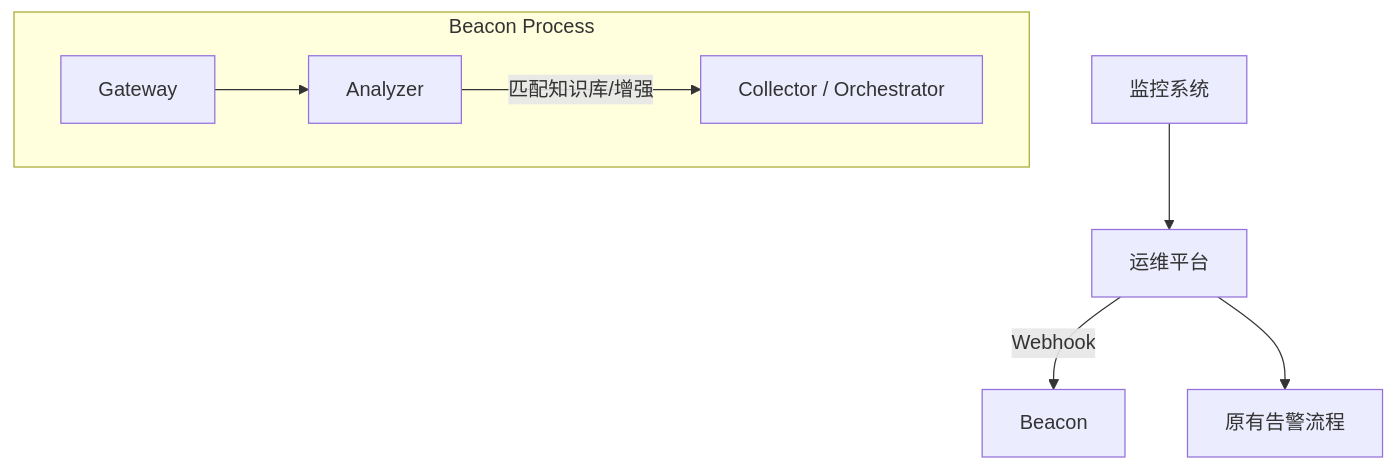
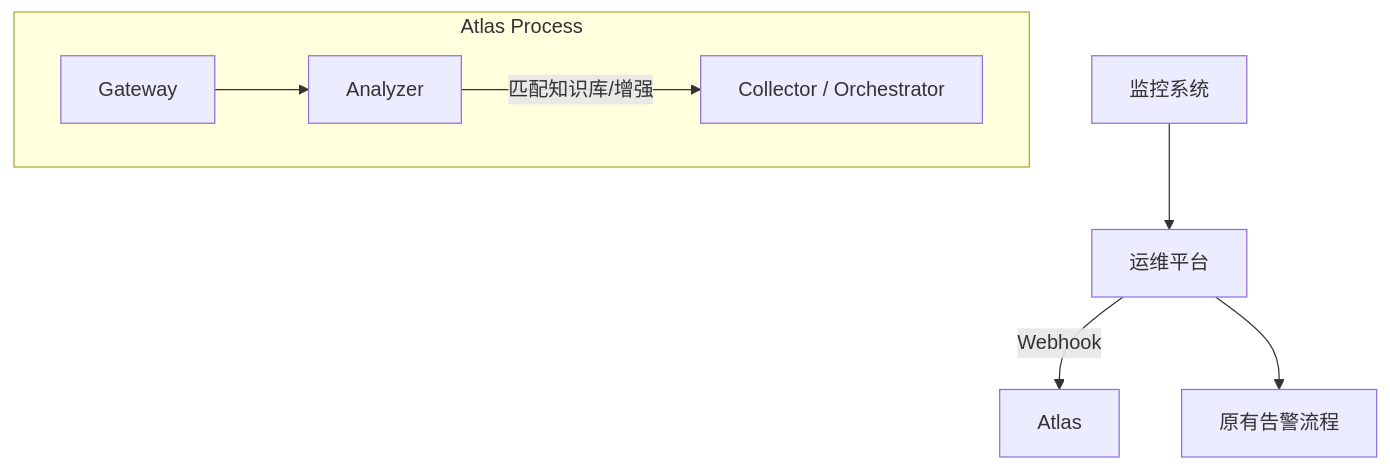
Before and after one commit to CraftsmanChain/Atlas: the second of 2 diagrams in README.md, drawn with Mermaid. The commit also changed other lines of this file, not shown here.

Commit message:
Name the project Atlas

````diff
--- a/README.md
+++ b/README.md
@@ -40,11 +40,11 @@
 ```mermaid
 graph TD
     Monitor[监控系统] --> Ops[运维平台]
-    Ops -->|Webhook| Beacon
+    Ops -->|Webhook| Atlas
     Ops --> Original[原有告警流程]
     
-    subgraph Beacon Process
+    subgraph Atlas Process
     Gateway --> Analyzer
     Analyzer -->|匹配知识库/增强| CollectorOrchestrator[Collector / Orchestrator]
     end
 ```
````
